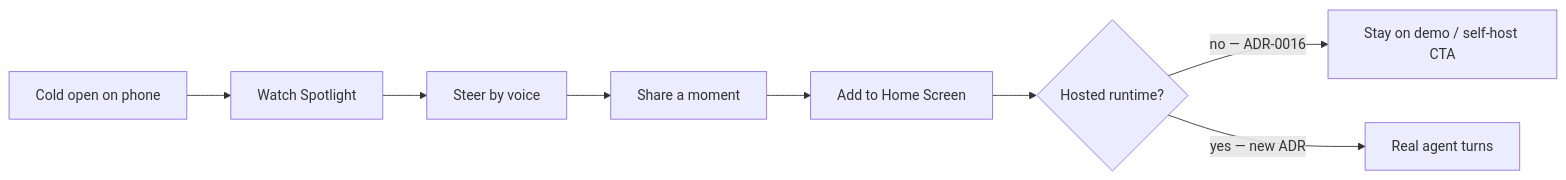
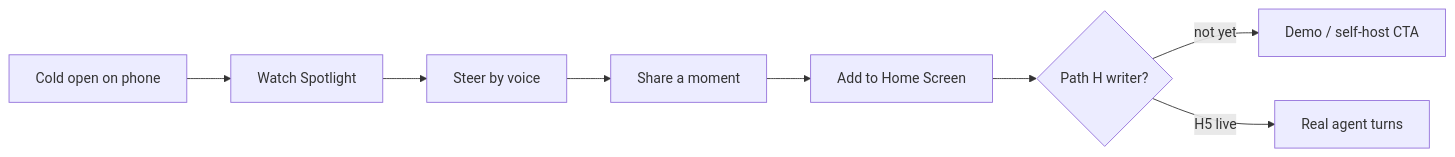
One commit to drive-mode/cline-drivecode changed the diagram in docs/drivecode/plans/cline-drivemode/initiatives/mobile-consumer/README.md. Above: the diagram before and after it, drawn with Mermaid. The commit also changed other lines of this file and 17 other files, not shown here.

````diff
--- a/docs/drivecode/plans/cline-drivemode/initiatives/mobile-consumer/README.md
+++ b/docs/drivecode/plans/cline-drivemode/initiatives/mobile-consumer/README.md
@@ -50,10 +55,10 @@
 ```mermaid
 flowchart LR
   Open[Cold open on phone] --> Watch[Watch Spotlight]
   Watch --> Steer[Steer by voice]
   Steer --> Share[Share a moment]
   Share --> Install[Add to Home Screen]
-  Install --> Hosted{Hosted runtime?}
-  Hosted -->|no — ADR-0016| Demo[Stay on demo / self-host CTA]
-  Hosted -->|yes — new ADR| Real[Real agent turns]
+  Install --> Hosted{Path H writer?}
+  Hosted -->|not yet| Demo[Demo / self-host CTA]
+  Hosted -->|H5 live| Real[Real agent turns]
 ```
````
